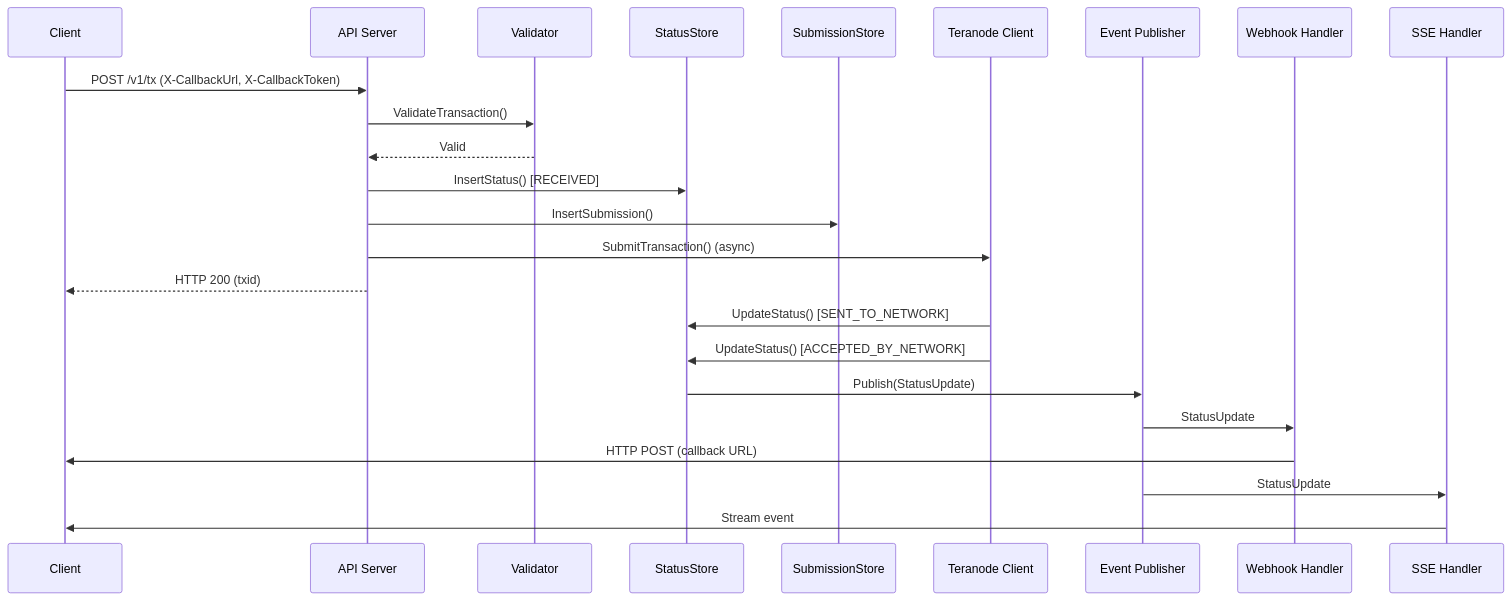
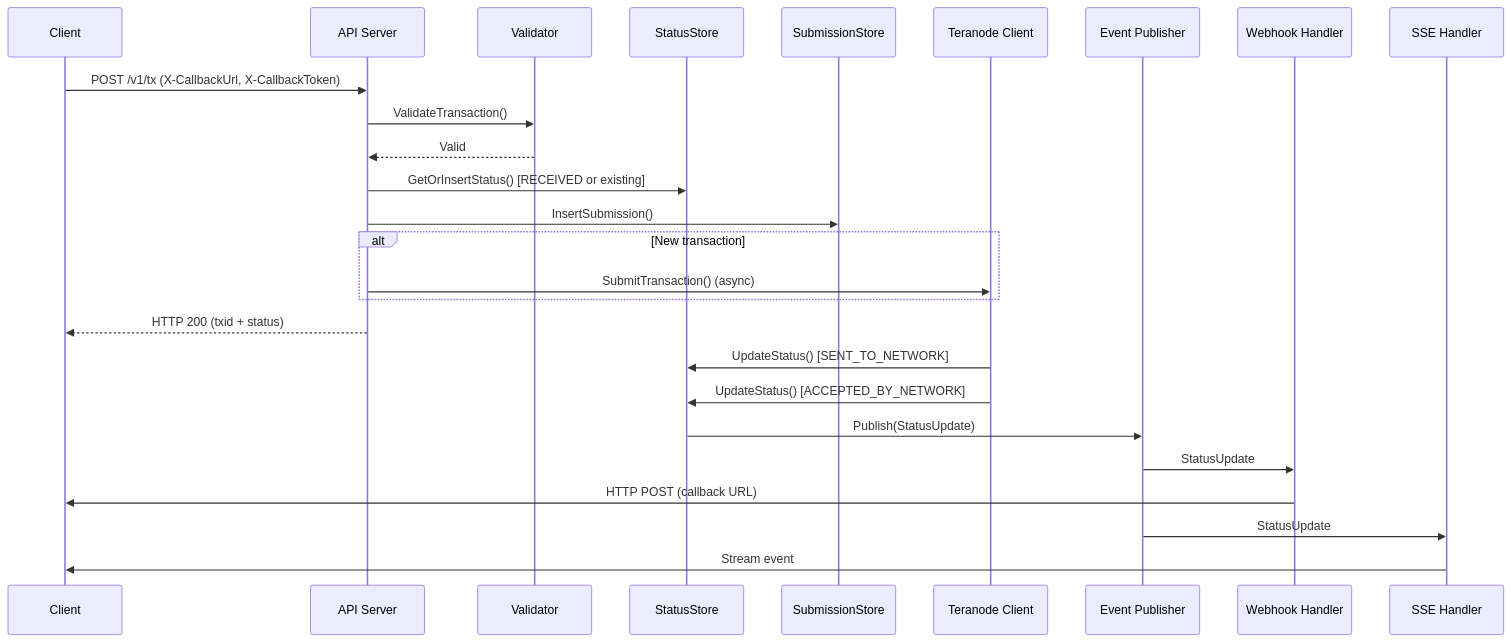
One commit to bsv-blockchain/arcade changed the fourth of 6 diagrams in docs/ARCHITECTURE.md. Above: the diagram before and after it, drawn with Mermaid. The commit also changed other lines of this file and 11 other files, not shown here.

````diff
--- a/docs/ARCHITECTURE.md
+++ b/docs/ARCHITECTURE.md
@@ -323,27 +323,29 @@
 ```mermaid
 sequenceDiagram
     participant Client
     participant API as API Server
     participant Validator
     participant StatusStore
     participant SubmissionStore
     participant Teranode as Teranode Client
     participant Events as Event Publisher
     participant Webhook as Webhook Handler
     participant SSE as SSE Handler
 
     Client->>API: POST /v1/tx (X-CallbackUrl, X-CallbackToken)
     API->>Validator: ValidateTransaction()
     Validator-->>API: Valid
-    API->>StatusStore: InsertStatus() [RECEIVED]
+    API->>StatusStore: GetOrInsertStatus() [RECEIVED or existing]
     API->>SubmissionStore: InsertSubmission()
-    API->>Teranode: SubmitTransaction() (async)
-    API-->>Client: HTTP 200 (txid)
+    alt New transaction
+        API->>Teranode: SubmitTransaction() (async)
+    end
+    API-->>Client: HTTP 200 (txid + status)
     Teranode->>StatusStore: UpdateStatus() [SENT_TO_NETWORK]
     Teranode->>StatusStore: UpdateStatus() [ACCEPTED_BY_NETWORK]
     StatusStore->>Events: Publish(StatusUpdate)
     Events->>Webhook: StatusUpdate
     Webhook->>Client: HTTP POST (callback URL)
     Events->>SSE: StatusUpdate
     SSE->>Client: Stream event
 ```
````
